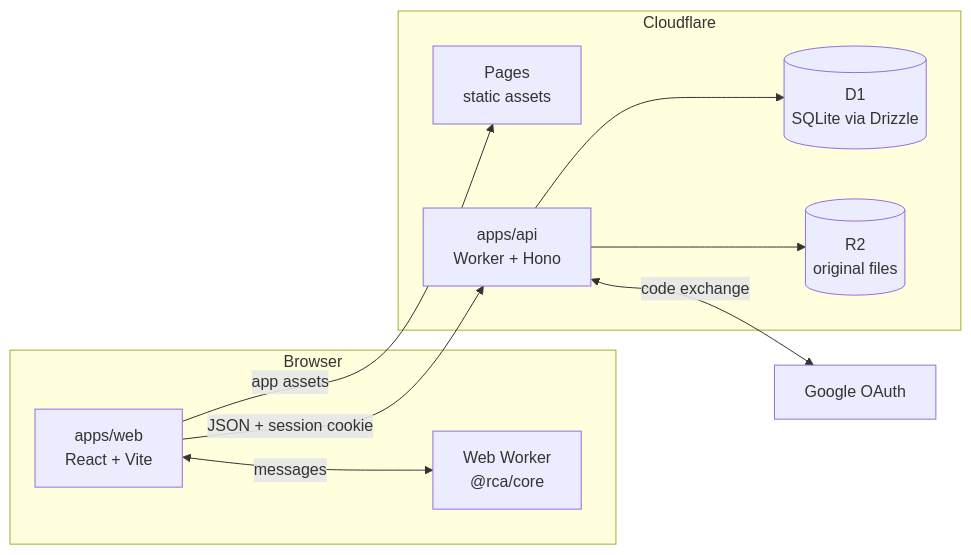
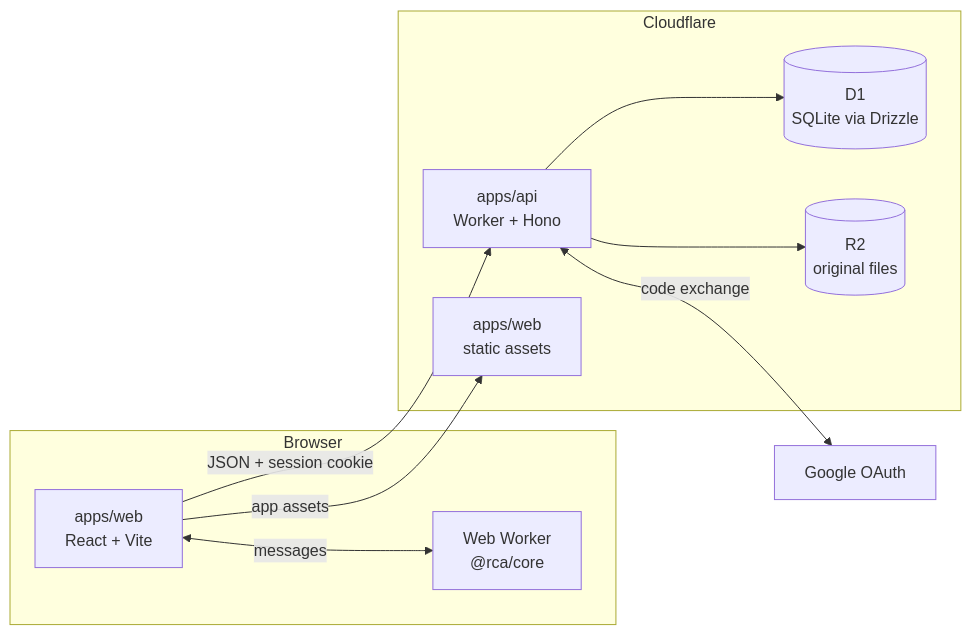
One commit to BryceCapuano2020/RunningCyclingAnalysis changed the diagram in docs/ARCHITECTURE.md. Above: the diagram before and after it, drawn with Mermaid. The commit also changed other lines of this file and 108 other files, not shown here.

````diff
--- a/docs/ARCHITECTURE.md
+++ b/docs/ARCHITECTURE.md
@@ -12,19 +9,19 @@
 ```mermaid
 flowchart LR
   subgraph Browser
     UI["apps/web<br/>React + Vite"] <-->|messages| W["Web Worker<br/>@rca/core"]
   end
   subgraph Cloudflare
-    Pages["Pages<br/>static assets"]
-    API["apps/api<br/>Worker + Hono"]
+    Worker["apps/api<br/>Worker + Hono"]
+    Assets["apps/web<br/>static assets"]
     D1[("D1<br/>SQLite via Drizzle")]
     R2[("R2<br/>original files")]
   end
   Google["Google OAuth"]
 
-  UI -->|"app assets"| Pages
-  UI -->|"JSON + session cookie"| API
-  API --> D1
-  API --> R2
-  API <-->|"code exchange"| Google
+  UI -->|"app assets"| Assets
+  UI -->|"JSON + session cookie"| Worker
+  Worker --> D1
+  Worker --> R2
+  Worker <-->|"code exchange"| Google
 ```
````
